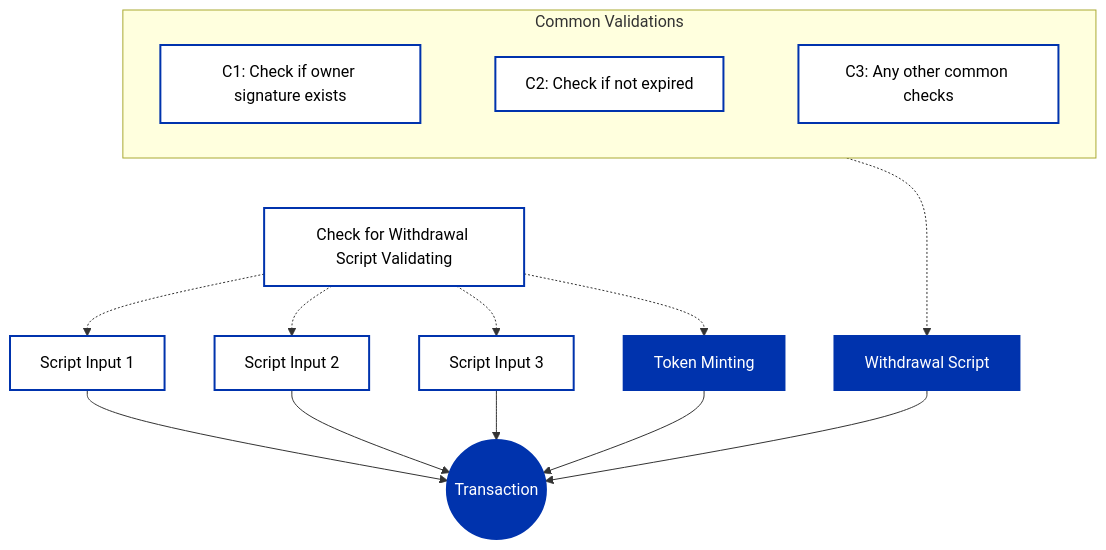
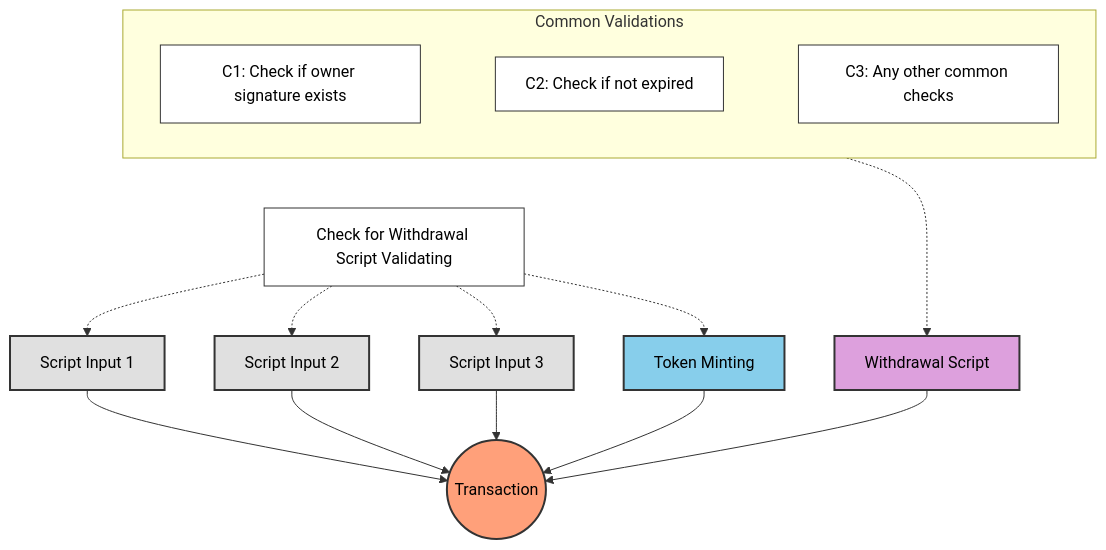
The second of 3 diagrams in docs/build/smart-contracts/lessons/05-avoid-redundant-validation.md (cardano-foundation/developer-portal), drawn with Mermaid before and after one commit. The commit also changed other lines of this file and 3 other files, not shown here.

````diff
--- a/docs/build/smart-contracts/lessons/05-avoid-redundant-validation.md
+++ b/docs/build/smart-contracts/lessons/05-avoid-redundant-validation.md
@@ -68,48 +65,40 @@
 ```mermaid
 graph TB
-    %% Layout subgraph for labels at top with horizontal alignment
     subgraph Checks[" Common Validations "]
         direction LR
         C1["C1: Check if owner signature exists"] ~~~ C2["C2: Check if not expired"] ~~~ C3["C3: Any other common checks"]
     end
-    
-    %% Add spacing
+
     WithdrawalCheck[" Check for Withdrawal Script Validating "]
-    
-    %% Organize layout with invisible connections for spacing
+
     Checks ~~~ WithdrawalCheck
-    
-    %% Connect validation flows
+
     Checks -.-> W
     WithdrawalCheck -.-> A1
     WithdrawalCheck -.-> A2
     WithdrawalCheck -.-> A3
     WithdrawalCheck -.-> M
 
-    %% Inputs on left with consistent arrows
     A1[Script Input 1] --> TX
     A2[Script Input 2] --> TX
     A3[Script Input 3] --> TX
-    
-    %% Transaction and other components
+
     TX((Transaction))
     M[Token Minting] --> TX
     W[Withdrawal Script] --> TX
-    
-    %% Styling
-    style TX fill:#0033AD,stroke:#0033AD,stroke-width:2px,color:#FFFFFF
-    style M fill:#0033AD,stroke:#0033AD,stroke-width:2px,color:#FFFFFF
-    style W fill:#0033AD,stroke:#0033AD,stroke-width:2px,color:#FFFFFF
-    style A1 fill:#FFFFFF,stroke:#0033AD,stroke-width:2px,color:#000000
-    style A2 fill:#FFFFFF,stroke:#0033AD,stroke-width:2px,color:#000000
-    style A3 fill:#FFFFFF,stroke:#0033AD,stroke-width:2px,color:#000000
-    style C1 fill:#FFFFFF,stroke:#0033AD,stroke-width:2px,color:#000000
-    style C2 fill:#FFFFFF,stroke:#0033AD,stroke-width:2px,color:#000000
-    style C3 fill:#FFFFFF,stroke:#0033AD,stroke-width:2px,color:#000000
-    style WithdrawalCheck fill:#FFFFFF,stroke:#0033AD,stroke-width:2px,color:#000000
-    
-    %% Remove visible connections between check boxes
+
+    style TX fill:#FFA07A,stroke:#333,stroke-width:2px,color:#000
+    style M fill:#87CEEB,stroke:#333,stroke-width:2px,color:#000
+    style W fill:#DDA0DD,stroke:#333,stroke-width:2px,color:#000
+    style A1 fill:#E0E0E0,stroke:#333,stroke-width:2px,color:#000
+    style A2 fill:#E0E0E0,stroke:#333,stroke-width:2px,color:#000
+    style A3 fill:#E0E0E0,stroke:#333,stroke-width:2px,color:#000
+    style C1 fill:#FFFFFF,stroke:#333,stroke-width:1px,color:#000
+    style C2 fill:#FFFFFF,stroke:#333,stroke-width:1px,color:#000
+    style C3 fill:#FFFFFF,stroke:#333,stroke-width:1px,color:#000
+    style WithdrawalCheck fill:#FFFFFF,stroke:#333,stroke-width:1px,color:#000
+
     linkStyle 0 stroke-width:0px
     linkStyle 1 stroke-width:0px
     linkStyle 2 stroke-width:0px
 ```
````
